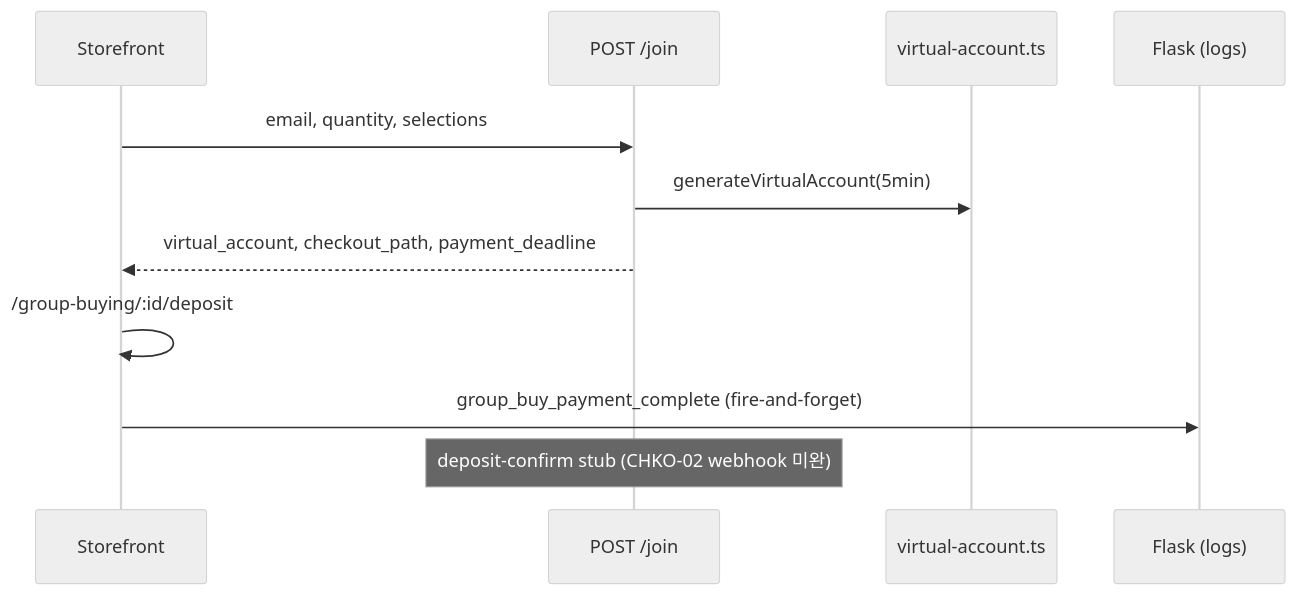
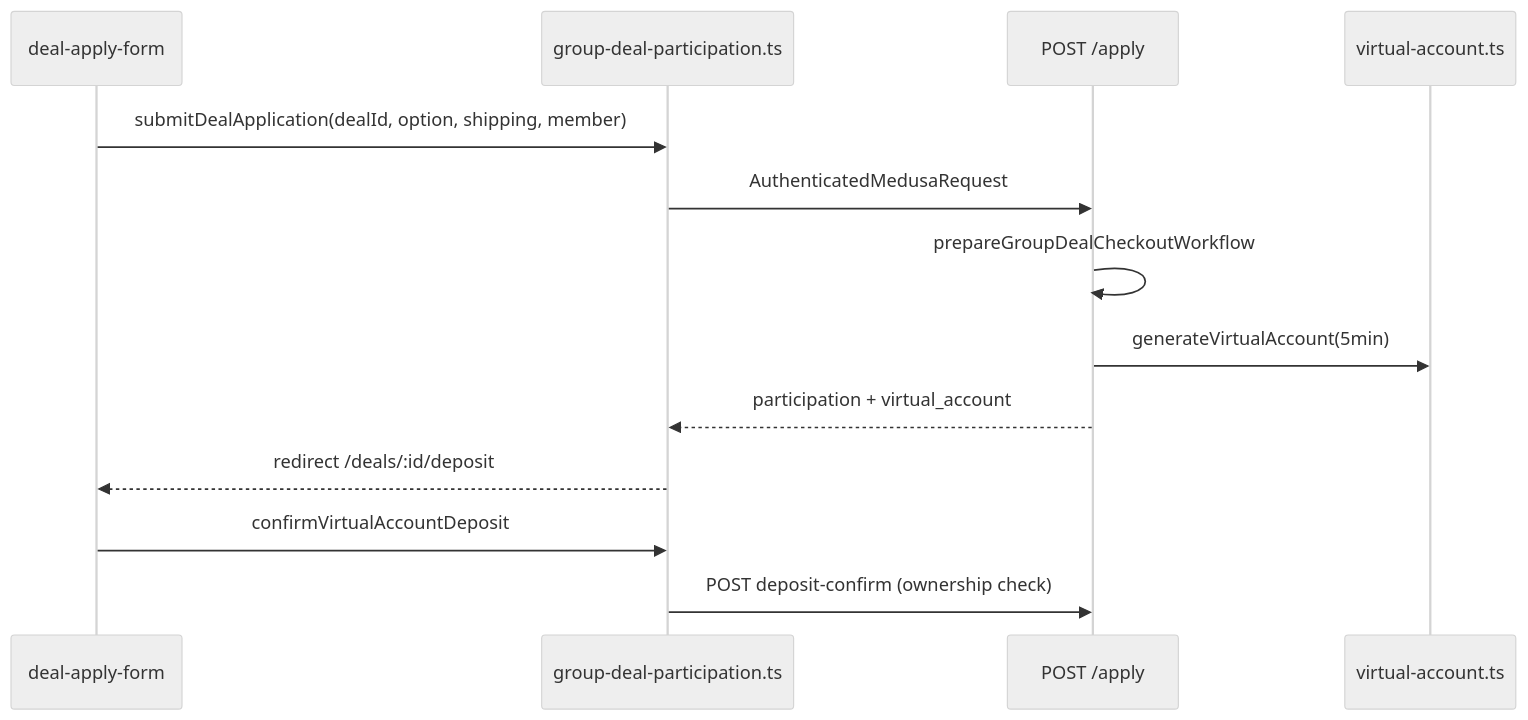
The diagram in PROJECT_STATUS.md (yjj0066/group_buying), drawn with Mermaid (neutral theme) before and after one commit. The commit also changed other lines of this file and 2 other files, not shown here.

````diff
--- a/PROJECT_STATUS.md
+++ b/PROJECT_STATUS.md
@@ -350,14 +266,16 @@
 ```mermaid
 sequenceDiagram
-    participant U as Storefront
-    participant API as POST /join
+    participant U as deal-apply-form
+    participant SA as group-deal-participation.ts
+    participant API as POST /apply
     participant VA as virtual-account.ts
-    participant PG as Flask (logs)
 
-    U->>API: email, quantity, selections
+    U->>SA: submitDealApplication(dealId, option, shipping, member)
+    SA->>API: AuthenticatedMedusaRequest
+    API->>API: prepareGroupDealCheckoutWorkflow
     API->>VA: generateVirtualAccount(5min)
-    API-->>U: virtual_account, checkout_path, payment_deadline
-    U->>U: /group-buying/:id/deposit
-    U->>PG: group_buy_payment_complete (fire-and-forget)
-    Note over API: deposit-confirm stub (CHKO-02 webhook 미완)
+    API-->>SA: participation + virtual_account
+    SA-->>U: redirect /deals/:id/deposit
+    U->>SA: confirmVirtualAccountDeposit
+    SA->>API: POST deposit-confirm (ownership check)
 ```
````
